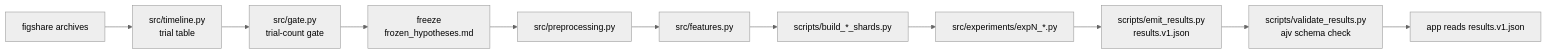
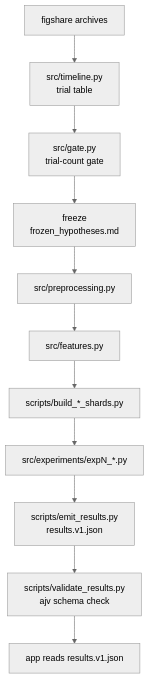
The diagram in README.md (heliaval/neuroscience-project-liars), drawn with Mermaid (neutral theme) before and after one commit.

Commit message:
Fix mermaid diagram sizing in README
Switch the pipeline diagram from left-right to top-down so GitHub
renders each node at readable size instead of squeezing ten nodes
into one horizontal row.

````diff
--- a/README.md
+++ b/README.md
@@ -114,13 +114,13 @@
 ```mermaid
-flowchart LR
+flowchart TD
     A[figshare archives] --> B[src/timeline.py<br/>trial table]
     B --> C[src/gate.py<br/>trial-count gate]
     C --> D[freeze<br/>frozen_hypotheses.md]
     D --> E[src/preprocessing.py]
     E --> F[src/features.py]
     F --> G[scripts/build_*_shards.py]
     G --> H[src/experiments/expN_*.py]
     H --> I[scripts/emit_results.py<br/>results.v1.json]
     I --> J[scripts/validate_results.py<br/>ajv schema check]
     J --> K[app reads results.v1.json]
 ```
````
